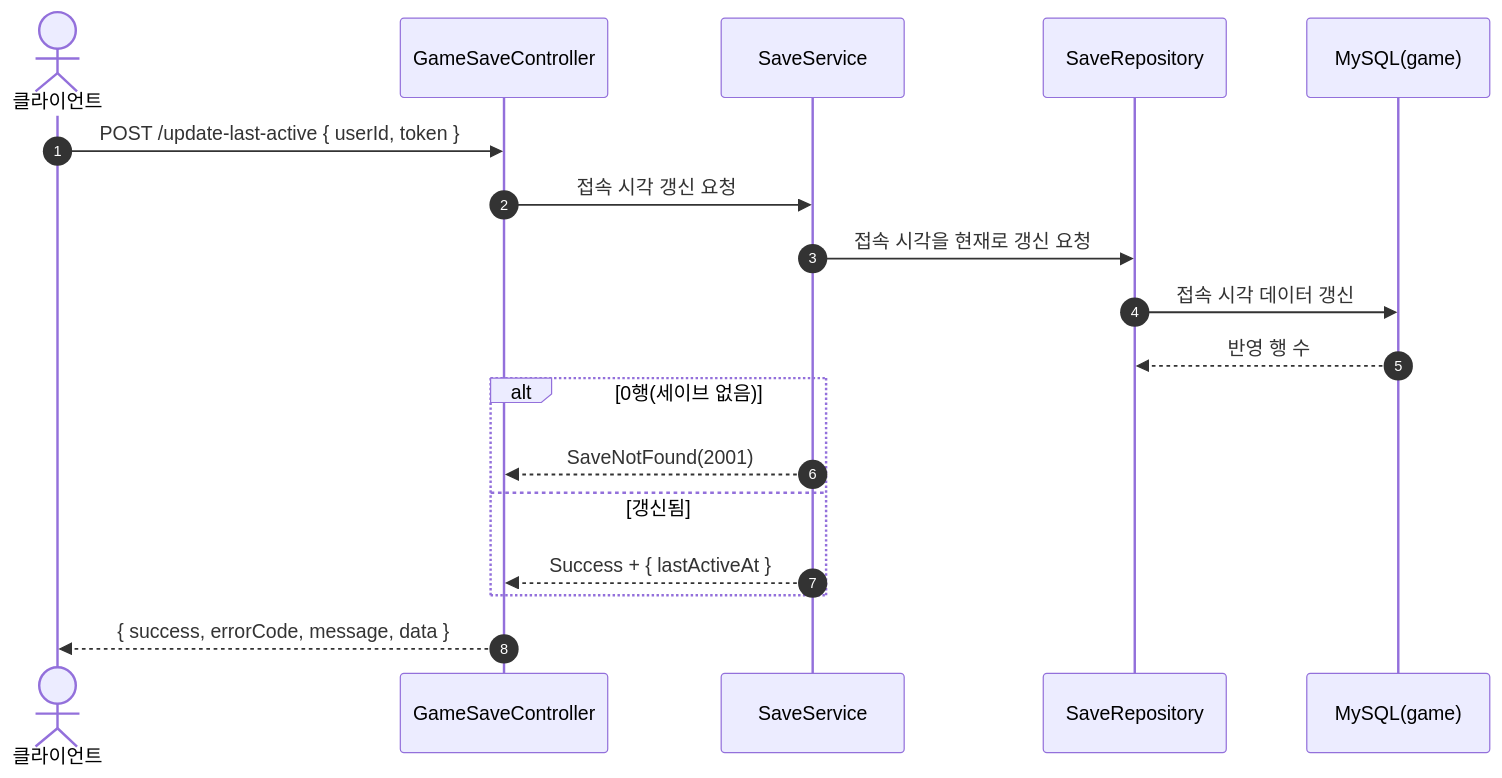
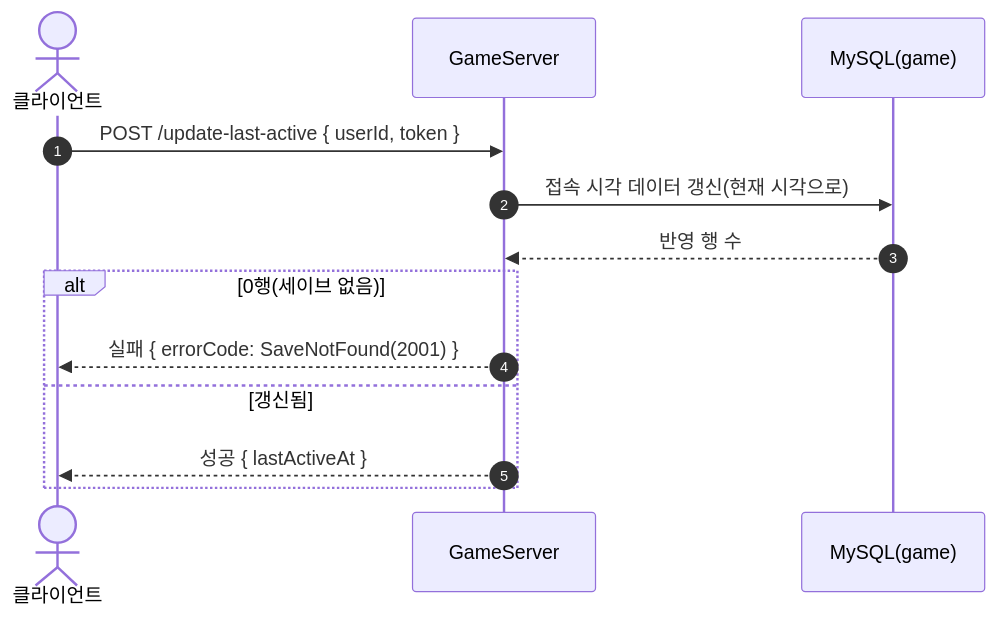
Before and after one commit to ks-wook/com2us-taskbar-hero: the third of 3 diagrams in SequenceDiagram/GameSaveController.md, drawn with Mermaid. The commit also changed other lines of this file and 8 other files, not shown here.

Commit message:
시퀀스 다이어그램 수정

````diff
--- a/SequenceDiagram/GameSaveController.md
+++ b/SequenceDiagram/GameSaveController.md
@@ -78,21 +62,16 @@
 ```mermaid
 sequenceDiagram
     autonumber
     actor C as 클라이언트
-    participant Ctrl as GameSaveController
-    participant Svc as SaveService
-    participant Repo as SaveRepository
+    participant S as GameServer
     participant DB as MySQL(game)
 
-    C->>Ctrl: POST /update-last-active { userId, token }
-    Ctrl->>Svc: 접속 시각 갱신 요청
-    Svc->>Repo: 접속 시각을 현재로 갱신 요청
-    Repo->>DB: 접속 시각 데이터 갱신
-    DB-->>Repo: 반영 행 수
+    C->>S: POST /update-last-active { userId, token }
+    S->>DB: 접속 시각 데이터 갱신(현재 시각으로)
+    DB-->>S: 반영 행 수
     alt 0행(세이브 없음)
-        Svc-->>Ctrl: SaveNotFound(2001)
+        S-->>C: 실패 { errorCode: SaveNotFound(2001) }
     else 갱신됨
-        Svc-->>Ctrl: Success + { lastActiveAt }
+        S-->>C: 성공 { lastActiveAt }
     end
-    Ctrl-->>C: { success, errorCode, message, data }
 ```
````
